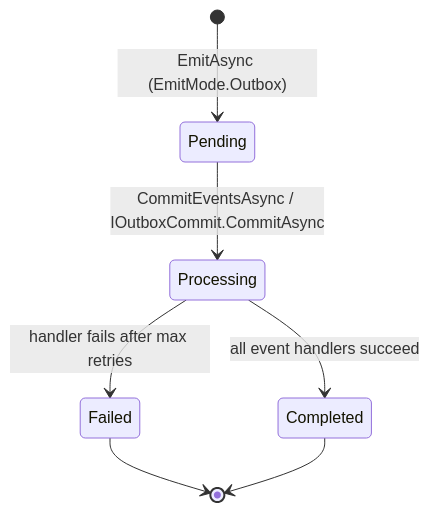
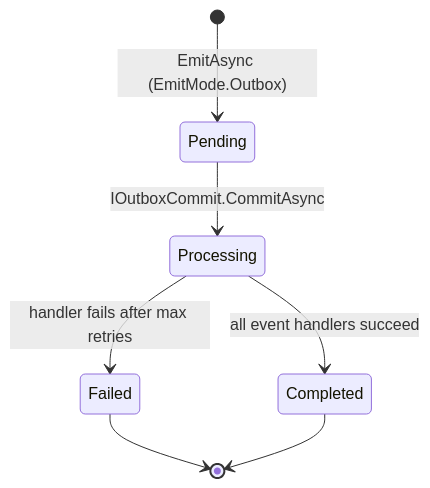
The diagram in docs/docs/outbox.mdx (UnambitiousFx/Synapse), drawn with Mermaid before and after one commit. The commit also changed other lines of this file and 126 other files, not shown here.

````diff
--- a/docs/docs/outbox.mdx
+++ b/docs/docs/outbox.mdx
@@ -13,9 +13,9 @@
 ```mermaid
 stateDiagram-v2
     [*] --> Pending : EmitAsync (EmitMode.Outbox)
-    Pending --> Processing : CommitEventsAsync / IOutboxCommit.CommitAsync
+    Pending --> Processing : IOutboxCommit.CommitAsync
     Processing --> Completed : all event handlers succeed
     Processing --> Failed : handler fails after max retries
     Failed --> [*]
     Completed --> [*]
 ```
````
